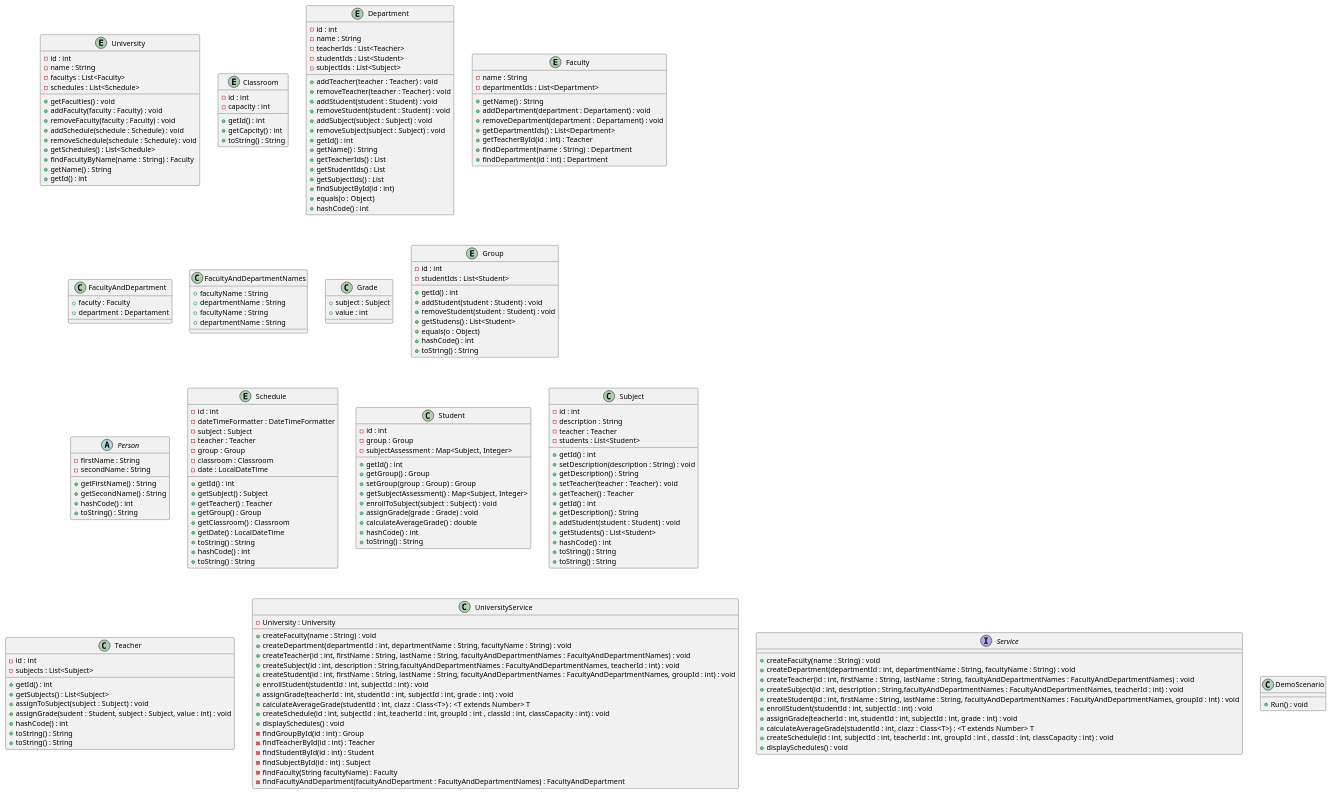
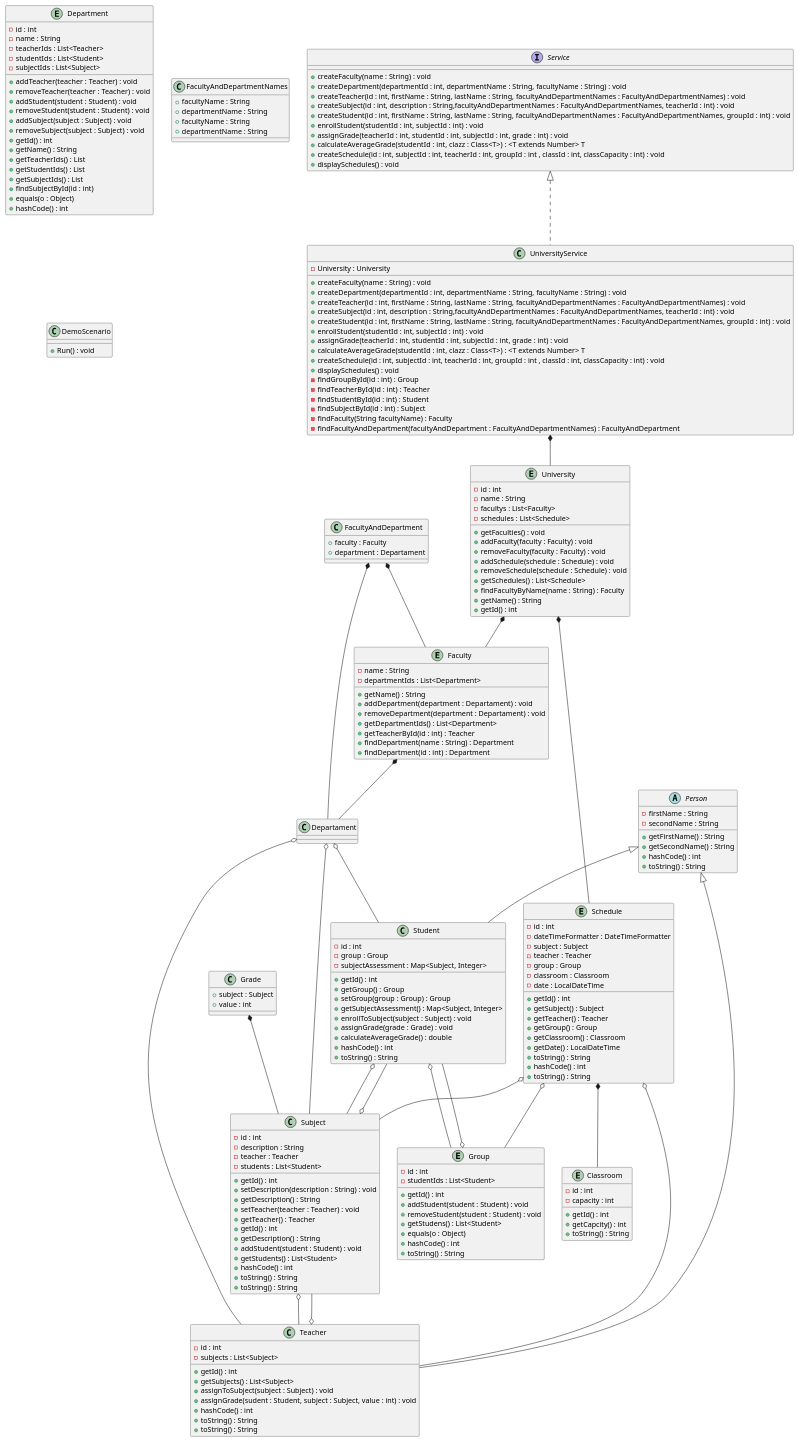
One commit to mkhalez/OOP changed the diagram in lab_2/src/main/resources/diagram.puml. Above: the diagram before and after it, drawn with PlantUML. The commit also changed 3 other files, not shown here.

Commit message:
Доавблены связи в uml диаграмму второй лабы

```diff
--- a/lab_2/src/main/resources/diagram.puml
+++ b/lab_2/src/main/resources/diagram.puml
@@ -202,4 +202,28 @@
 }
 
 
+Departament o-- Teacher
+Departament o-- Student
+Departament o-- Subject
+Faculty *-- Departament
+FacultyAndDepartment *-- Departament
+FacultyAndDepartment *-- Faculty
+Grade *-- Subject
+Group o-- Student
+Schedule o-- Subject
+Schedule o-- Teacher
+Schedule o-- Group
+Schedule *-- Classroom
+Person <|-- Student
+Person <|-- Teacher
+Student o-- Subject
+Student o-- Group
+Subject o-- Teacher
+Subject o-- Student 
+Teacher o-- Subject
+University *-- Faculty
+University *-- Schedule
+Service <|.. UniversityService
+UniversityService *-- University
+
 @enduml
```
